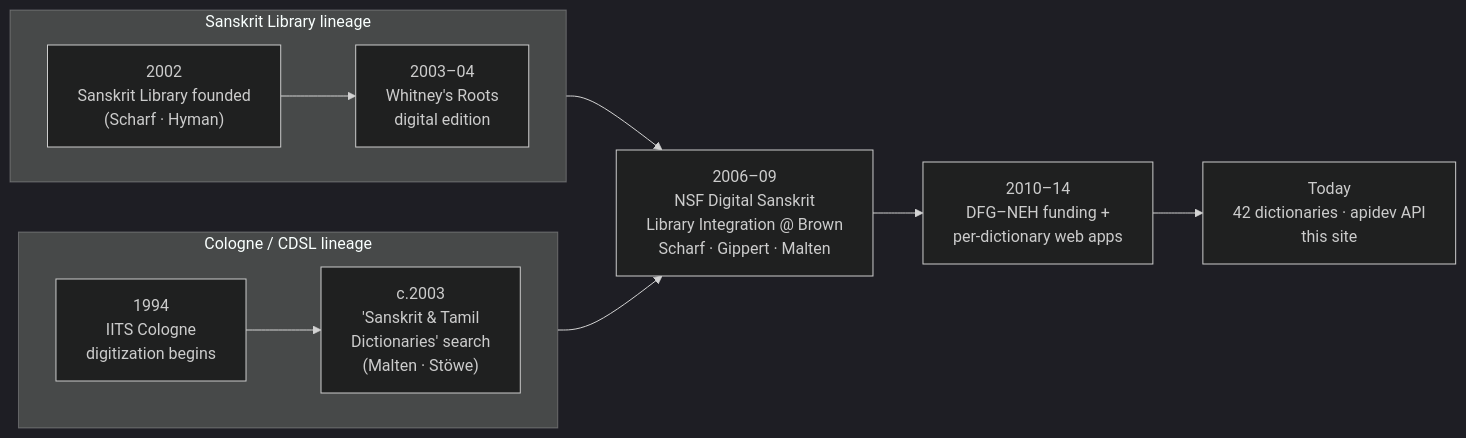
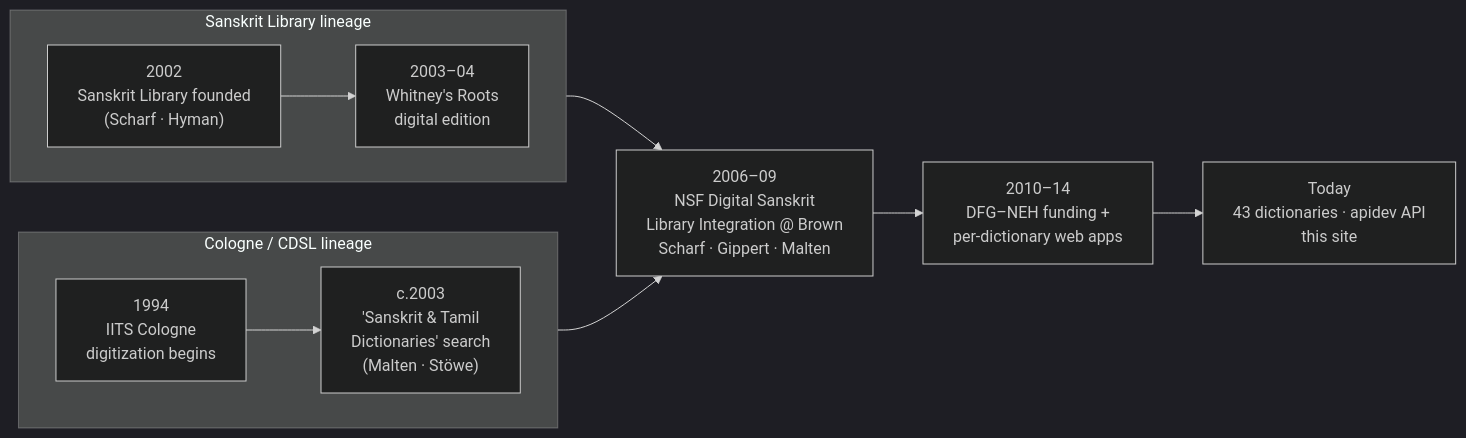
One commit to sanskrit-lexicon/csl-guides changed the diagram in docs/about/origins.mdx. Above: the diagram before and after it, drawn with Mermaid (dark theme). The commit also changed 44 other files, not shown here.

````diff
--- a/docs/about/origins.mdx
+++ b/docs/about/origins.mdx
@@ -26,15 +26,15 @@
 ```mermaid
 flowchart LR
     subgraph C["Cologne / CDSL lineage"]
         direction LR
         C1["1994<br/>IITS Cologne<br/>digitization begins"] --> C2["c.2003<br/>'Sanskrit & Tamil<br/>Dictionaries' search<br/>(Malten · Stöwe)"]
     end
     subgraph S["Sanskrit Library lineage"]
         direction LR
         S1["2002<br/>Sanskrit Library founded<br/>(Scharf · Hyman)"] --> S2["2003–04<br/>Whitney's Roots<br/>digital edition"]
     end
     C2 --> M["2006–09<br/>NSF Digital Sanskrit<br/>Library Integration @ Brown<br/>Scharf · Gippert · Malten"]
     S2 --> M
     M --> P["2010–14<br/>DFG–NEH funding +<br/>per-dictionary web apps"]
-    P --> N["Today<br/>42 dictionaries · apidev API<br/>this site"]
+    P --> N["Today<br/>43 dictionaries · apidev API<br/>this site"]
 ```
````
